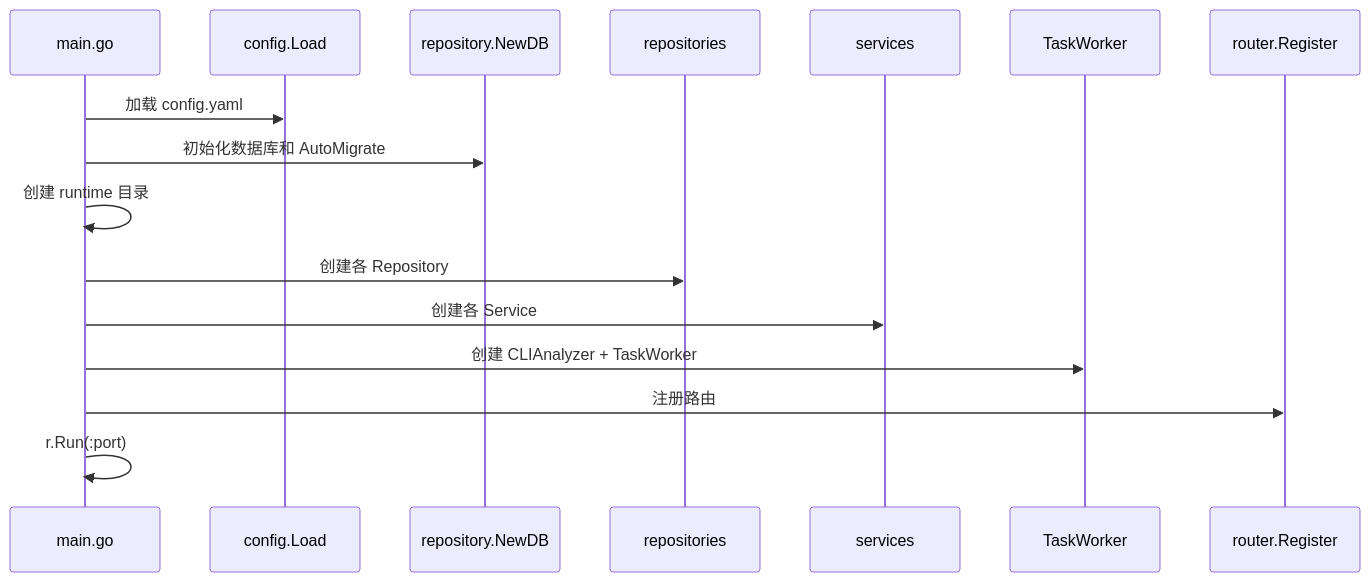
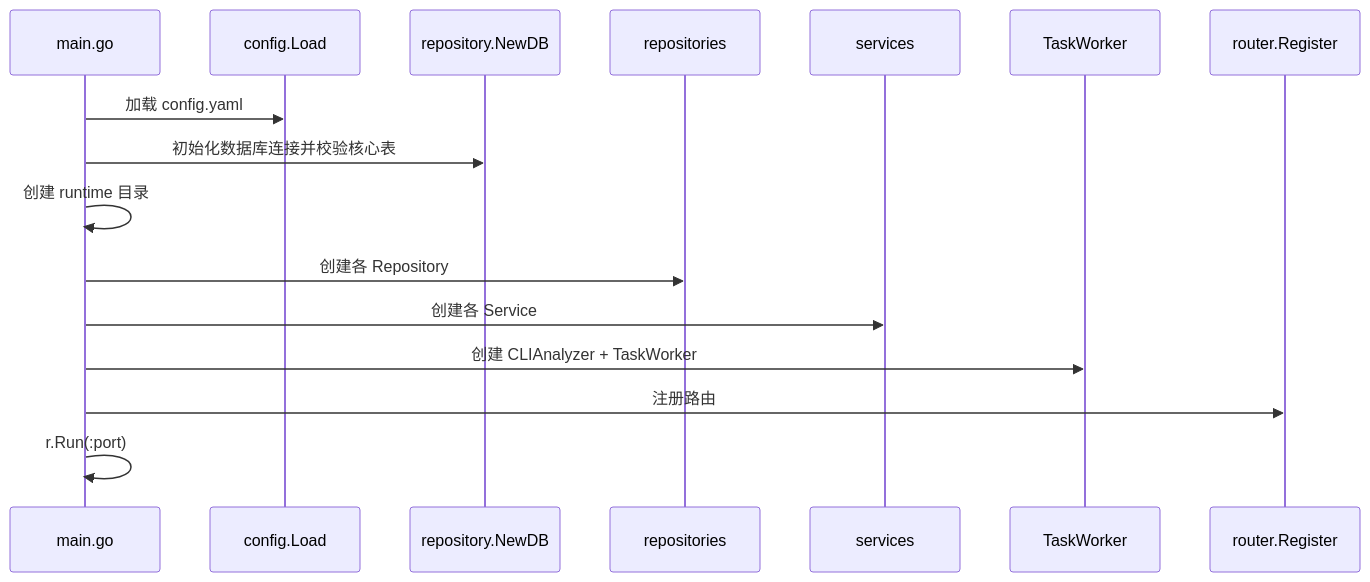
The first of 2 diagrams in docs/backend-architecture.md (oublie6/GitImpact), drawn with Mermaid before and after one commit. The commit also changed other lines of this file and 15 other files, not shown here.

````diff
--- a/docs/backend-architecture.md
+++ b/docs/backend-architecture.md
@@ -23,18 +23,18 @@
 ```mermaid
 sequenceDiagram
     participant Main as main.go
     participant Config as config.Load
     participant DB as repository.NewDB
     participant Repo as repositories
     participant Service as services
     participant Worker as TaskWorker
     participant Router as router.Register
     Main->>Config: 加载 config.yaml
-    Main->>DB: 初始化数据库和 AutoMigrate
+    Main->>DB: 初始化数据库连接并校验核心表
     Main->>Main: 创建 runtime 目录
     Main->>Repo: 创建各 Repository
     Main->>Service: 创建各 Service
     Main->>Worker: 创建 CLIAnalyzer + TaskWorker
     Main->>Router: 注册路由
     Main->>Main: r.Run(:port)
 ```
````
